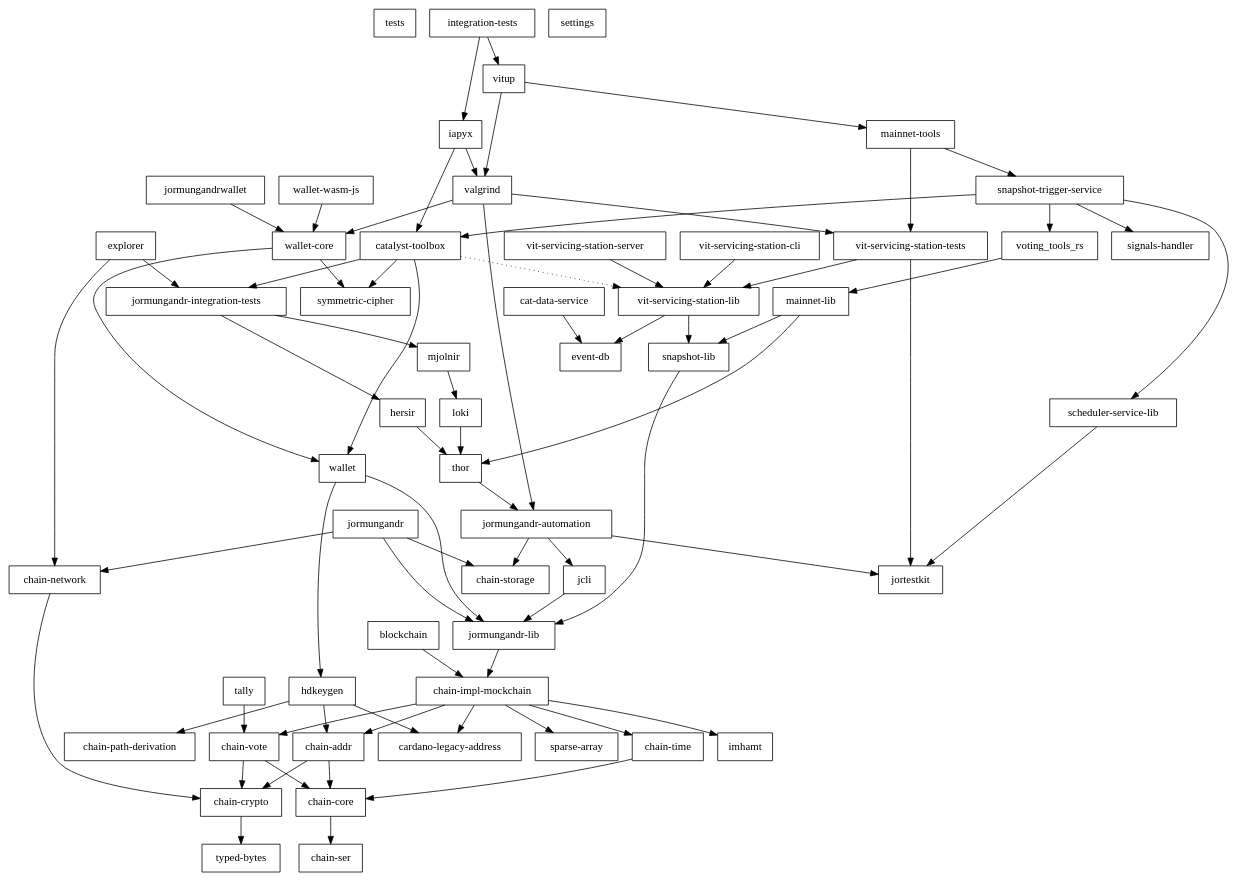
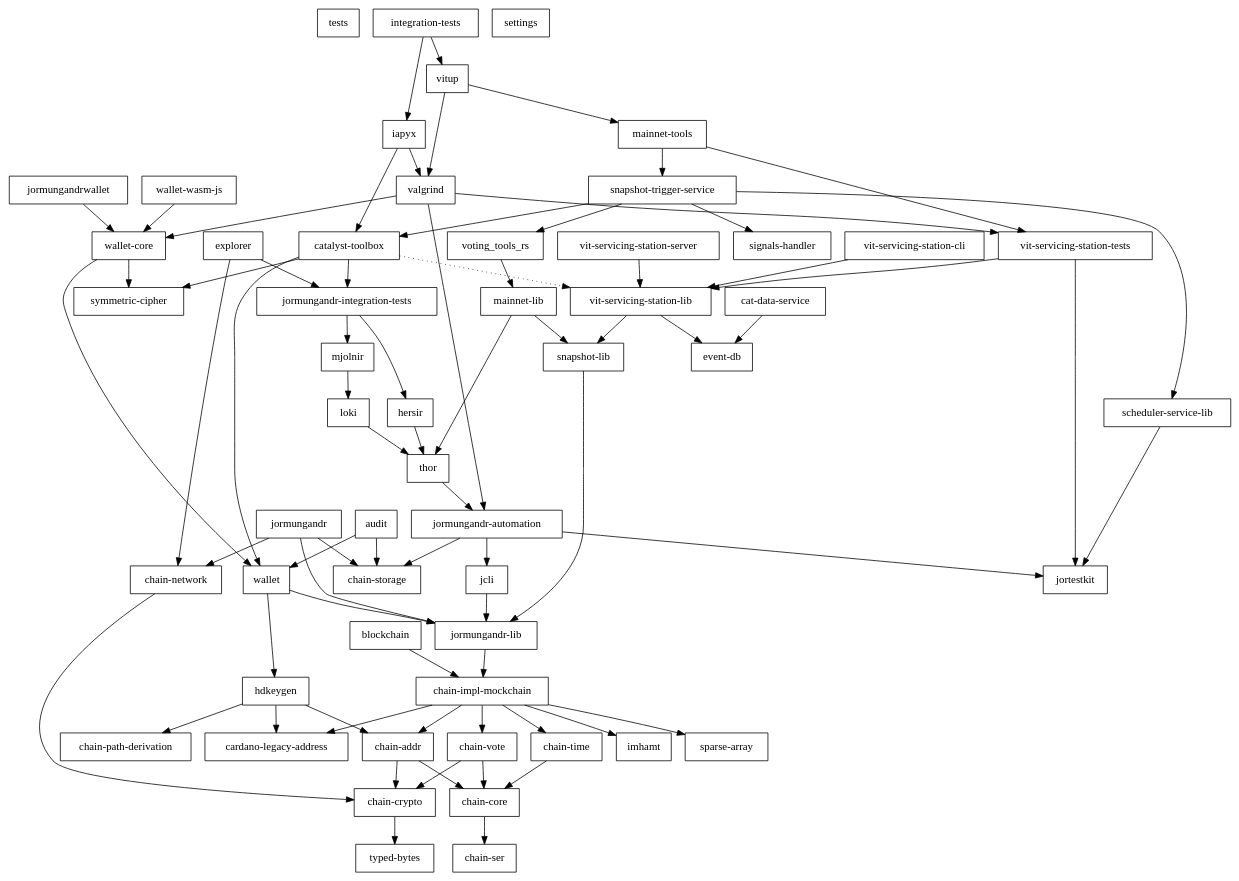
The diagram in main/06_rust_api/rust/doc/workspace.depgraph.dot (input-output-hk/catalyst-core), drawn with Graphviz before and after one commit. The commit also changed 4697 other files, not shown here.

```diff
--- a/main/06_rust_api/rust/doc/workspace.depgraph.dot
+++ b/main/06_rust_api/rust/doc/workspace.depgraph.dot
@@ -1,127 +1,128 @@
 digraph {
     0 [ label = "tests" shape = box]
     1 [ label = "catalyst-toolbox" shape = box]
     2 [ label = "chain-addr" shape = box]
     3 [ label = "chain-core" shape = box]
     4 [ label = "chain-ser" shape = box]
     5 [ label = "chain-crypto" shape = box]
     6 [ label = "typed-bytes" shape = box]
     7 [ label = "chain-impl-mockchain" shape = box]
     8 [ label = "cardano-legacy-address" shape = box]
     9 [ label = "chain-time" shape = box]
     10 [ label = "chain-vote" shape = box]
     11 [ label = "imhamt" shape = box]
     12 [ label = "sparse-array" shape = box]
     13 [ label = "chain-storage" shape = box]
     14 [ label = "jcli" shape = box]
     15 [ label = "jormungandr-lib" shape = box]
     16 [ label = "jormungandr-automation" shape = box]
     17 [ label = "jortestkit" shape = box]
     18 [ label = "jormungandr-integration-tests" shape = box]
     19 [ label = "hersir" shape = box]
     20 [ label = "thor" shape = box]
     21 [ label = "loki" shape = box]
     22 [ label = "mjolnir" shape = box]
     23 [ label = "snapshot-lib" shape = box]
     24 [ label = "symmetric-cipher" shape = box]
     25 [ label = "vit-servicing-station-lib" shape = box]
     26 [ label = "event-db" shape = box]
     27 [ label = "vit-servicing-station-tests" shape = box]
     28 [ label = "wallet" shape = box]
     29 [ label = "chain-path-derivation" shape = box]
     30 [ label = "hdkeygen" shape = box]
     31 [ label = "chain-network" shape = box]
     32 [ label = "jormungandrwallet" shape = box]
     33 [ label = "wallet-core" shape = box]
     34 [ label = "wallet-wasm-js" shape = box]
     35 [ label = "jormungandr" shape = box]
     36 [ label = "explorer" shape = box]
     37 [ label = "settings" shape = box]
     38 [ label = "blockchain" shape = box]
     39 [ label = "vit-servicing-station-cli" shape = box]
     40 [ label = "vit-servicing-station-server" shape = box]
     41 [ label = "iapyx" shape = box]
     42 [ label = "valgrind" shape = box]
     43 [ label = "vitup" shape = box]
     44 [ label = "mainnet-lib" shape = box]
     45 [ label = "mainnet-tools" shape = box]
     46 [ label = "scheduler-service-lib" shape = box]
     47 [ label = "signals-handler" shape = box]
     48 [ label = "snapshot-trigger-service" shape = box]
     49 [ label = "voting_tools_rs" shape = box]
     50 [ label = "integration-tests" shape = box]
     51 [ label = "cat-data-service" shape = box]
-    52 [ label = "tally" shape = box]
+    52 [ label = "audit" shape = box]
     1 -> 18 [ ]
     1 -> 24 [ ]
     1 -> 25 [ style = dotted]
     1 -> 28 [ ]
     2 -> 3 [ ]
     2 -> 5 [ ]
     3 -> 4 [ ]
     5 -> 6 [ ]
     7 -> 8 [ ]
     7 -> 2 [ ]
     7 -> 9 [ ]
     7 -> 10 [ ]
     7 -> 11 [ ]
     7 -> 12 [ ]
     9 -> 3 [ ]
     10 -> 3 [ ]
     10 -> 5 [ ]
     14 -> 15 [ ]
     15 -> 7 [ ]
     16 -> 13 [ ]
     16 -> 14 [ ]
     16 -> 17 [ ]
     18 -> 19 [ ]
     18 -> 22 [ ]
     19 -> 20 [ ]
     20 -> 16 [ ]
     21 -> 20 [ ]
     22 -> 21 [ ]
     23 -> 15 [ ]
     25 -> 26 [ ]
     25 -> 23 [ ]
     27 -> 17 [ ]
     27 -> 25 [ ]
     28 -> 30 [ ]
     28 -> 15 [ ]
     30 -> 8 [ ]
     30 -> 2 [ ]
     30 -> 29 [ ]
     31 -> 5 [ ]
     32 -> 33 [ ]
     33 -> 24 [ ]
     33 -> 28 [ ]
     34 -> 33 [ ]
     35 -> 31 [ ]
     35 -> 13 [ ]
     35 -> 15 [ ]
     36 -> 31 [ ]
     36 -> 18 [ ]
     38 -> 7 [ ]
     39 -> 25 [ ]
     40 -> 25 [ ]
     41 -> 1 [ ]
     41 -> 42 [ ]
     42 -> 16 [ ]
     42 -> 27 [ ]
     42 -> 33 [ ]
     43 -> 45 [ ]
     43 -> 42 [ ]
     44 -> 23 [ ]
     44 -> 20 [ ]
     45 -> 48 [ ]
     45 -> 27 [ ]
     46 -> 17 [ ]
     48 -> 1 [ ]
     48 -> 46 [ ]
     48 -> 47 [ ]
     48 -> 49 [ ]
     49 -> 44 [ ]
     50 -> 41 [ ]
     50 -> 43 [ ]
     51 -> 26 [ ]
-    52 -> 10 [ ]
+    52 -> 13 [ ]
+    52 -> 28 [ ]
 }
```
